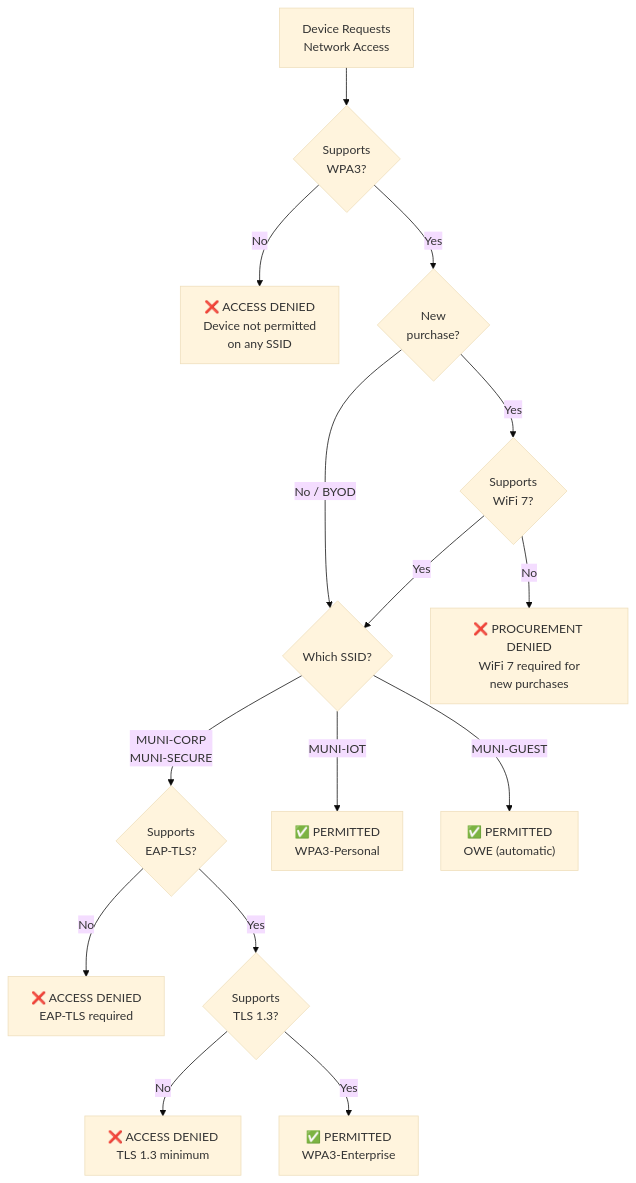
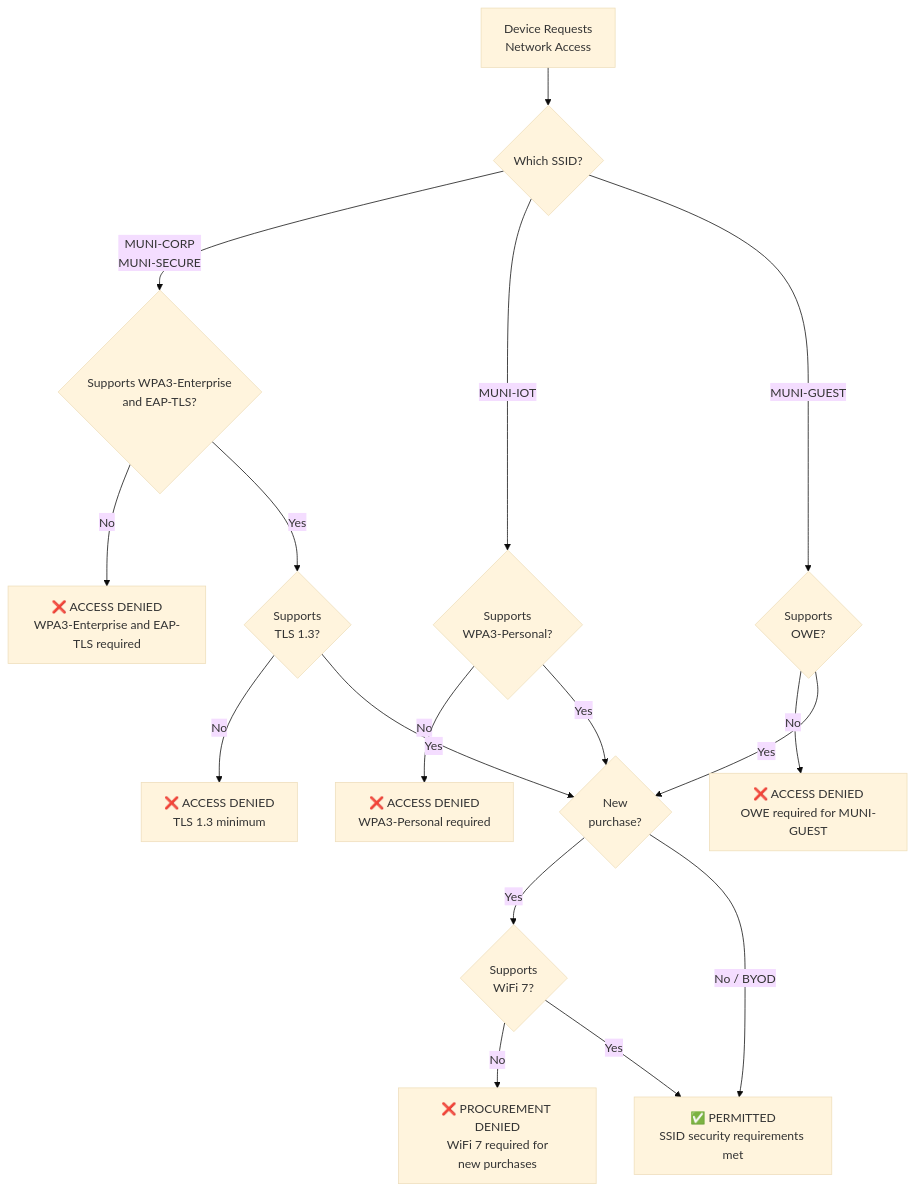
Before and after one commit to NewOrleansITI/networkstandards: the first of 2 diagrams in docs/wifi/wireless-client-requirements.md, drawn with Mermaid (base theme). The commit also changed other lines of this file and 19 other files, not shown here.

````diff
--- a/docs/wifi/wireless-client-requirements.md
+++ b/docs/wifi/wireless-client-requirements.md
@@ -63,22 +63,26 @@
 ```mermaid
 flowchart TD
-    START[Device Requests<br/>Network Access] --> Q1{Supports<br/>WPA3?}
-    Q1 -->|No| DENY1["❌ ACCESS DENIED<br/>Device not permitted<br/>on any SSID"]
-    Q1 -->|Yes| Q2{New<br/>purchase?}
+    START[Device Requests<br/>Network Access] --> Q1{Which SSID?}
+
+    Q1 -->|MUNI-CORP<br/>MUNI-SECURE| CORP1{Supports WPA3-Enterprise<br/>and EAP-TLS?}
+    Q1 -->|MUNI-IOT| IOT1{Supports<br/>WPA3-Personal?}
+    Q1 -->|MUNI-GUEST| GUEST1{Supports<br/>OWE?}
+
+    CORP1 -->|No| DENY1["❌ ACCESS DENIED<br/>WPA3-Enterprise and EAP-TLS required"]
+    CORP1 -->|Yes| CORP2{Supports<br/>TLS 1.3?}
+
+    CORP2 -->|No| DENY2["❌ ACCESS DENIED<br/>TLS 1.3 minimum"]
+    CORP2 -->|Yes| Q2{New<br/>purchase?}
+
+    IOT1 -->|No| DENY3["❌ ACCESS DENIED<br/>WPA3-Personal required"]
+    IOT1 -->|Yes| Q2
+
+    GUEST1 -->|No| DENY4["❌ ACCESS DENIED<br/>OWE required for MUNI-GUEST"]
+    GUEST1 -->|Yes| Q2
 
     Q2 -->|Yes| Q3{Supports<br/>WiFi 7?}
-    Q2 -->|No / BYOD| Q4{Which SSID?}
+    Q2 -->|No / BYOD| PERMIT["✅ PERMITTED<br/>SSID security requirements met"]
 
-    Q3 -->|No| DENY2["❌ PROCUREMENT DENIED<br/>WiFi 7 required for<br/>new purchases"]
-    Q3 -->|Yes| Q4
-
-    Q4 -->|MUNI-CORP<br/>MUNI-SECURE| Q5{Supports<br/>EAP-TLS?}
-    Q4 -->|MUNI-IOT| PERMIT_IOT["✅ PERMITTED<br/>WPA3-Personal"]
-    Q4 -->|MUNI-GUEST| PERMIT_GUEST["✅ PERMITTED<br/>OWE (automatic)"]
-
-    Q5 -->|No| DENY3["❌ ACCESS DENIED<br/>EAP-TLS required"]
-    Q5 -->|Yes| Q6{Supports<br/>TLS 1.3?}
-
-    Q6 -->|No| DENY4["❌ ACCESS DENIED<br/>TLS 1.3 minimum"]
-    Q6 -->|Yes| PERMIT_CORP["✅ PERMITTED<br/>WPA3-Enterprise"]
+    Q3 -->|No| DENY5["❌ PROCUREMENT DENIED<br/>WiFi 7 required for<br/>new purchases"]
+    Q3 -->|Yes| PERMIT
 ```
````
